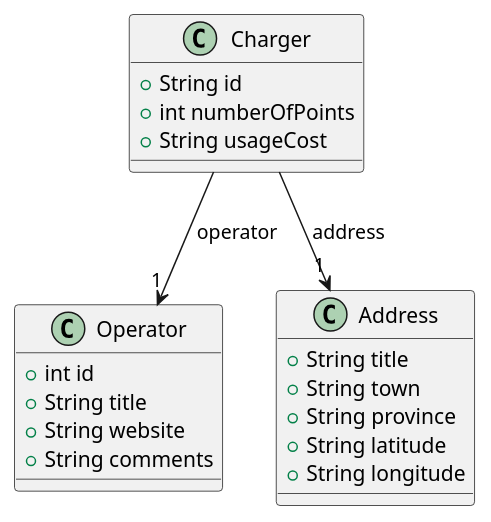
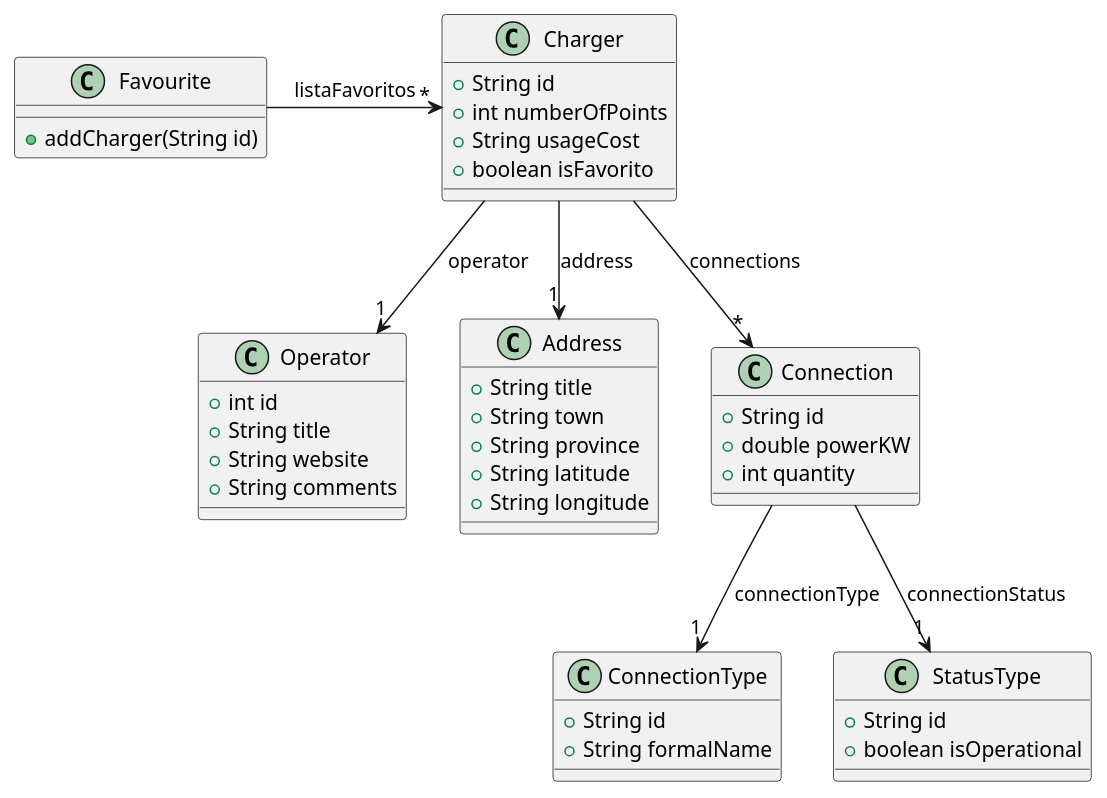
One commit to isunican/App-CarChargers-Grupo2 changed the diagram in Docs/Models/dominio.puml. Above: the diagram before and after it, drawn with PlantUML.

```diff
--- a/Docs/Models/dominio.puml
+++ b/Docs/Models/dominio.puml
@@ -1,27 +1,55 @@
 @startuml dominio
 
 class Charger {
     + String id
     + int numberOfPoints
     + String usageCost
+    + boolean isFavorito
 }
 
 class Operator {
     + int id
     + String title
     + String website
     + String comments
 }
 
 class Address {
     + String title
     + String town
     + String province
     + String latitude
     + String longitude
 }
 
+class Favourite {
+    + addCharger(String id)
+}
+
+class Connection {
+    + String id
+    + double powerKW
+    + int quantity
+}
+
+class ConnectionType {
+    + String id
+    + String formalName
+}
+
+class StatusType {
+    + String id
+    + boolean isOperational
+}
+
+
 Charger -down-> "1" Address : address
 Charger -down-> "1" Operator : operator
+Charger -down-> "*" Connection : connections
+
+Favourite -right-> "*" Charger: listaFavoritos
+
+Connection -down-> "1" ConnectionType : connectionType
+Connection -down-> "1" StatusType : connectionStatus
 
 @enduml
```
